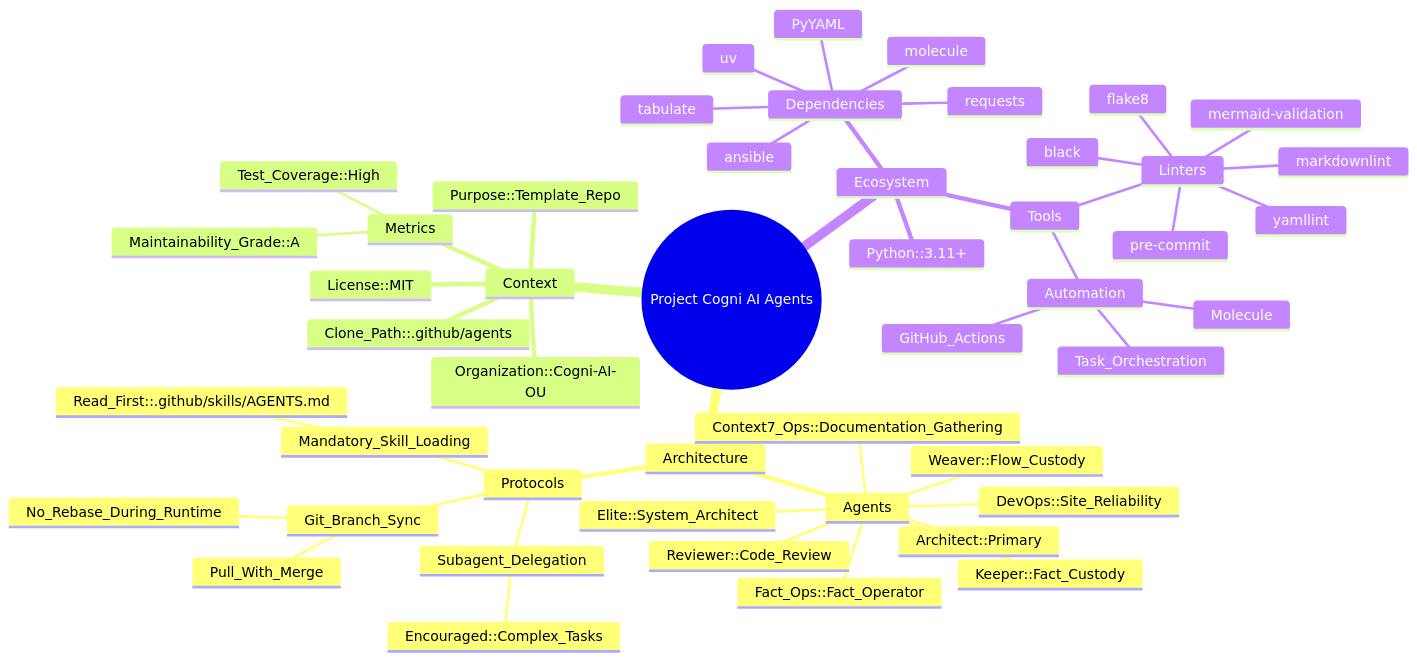
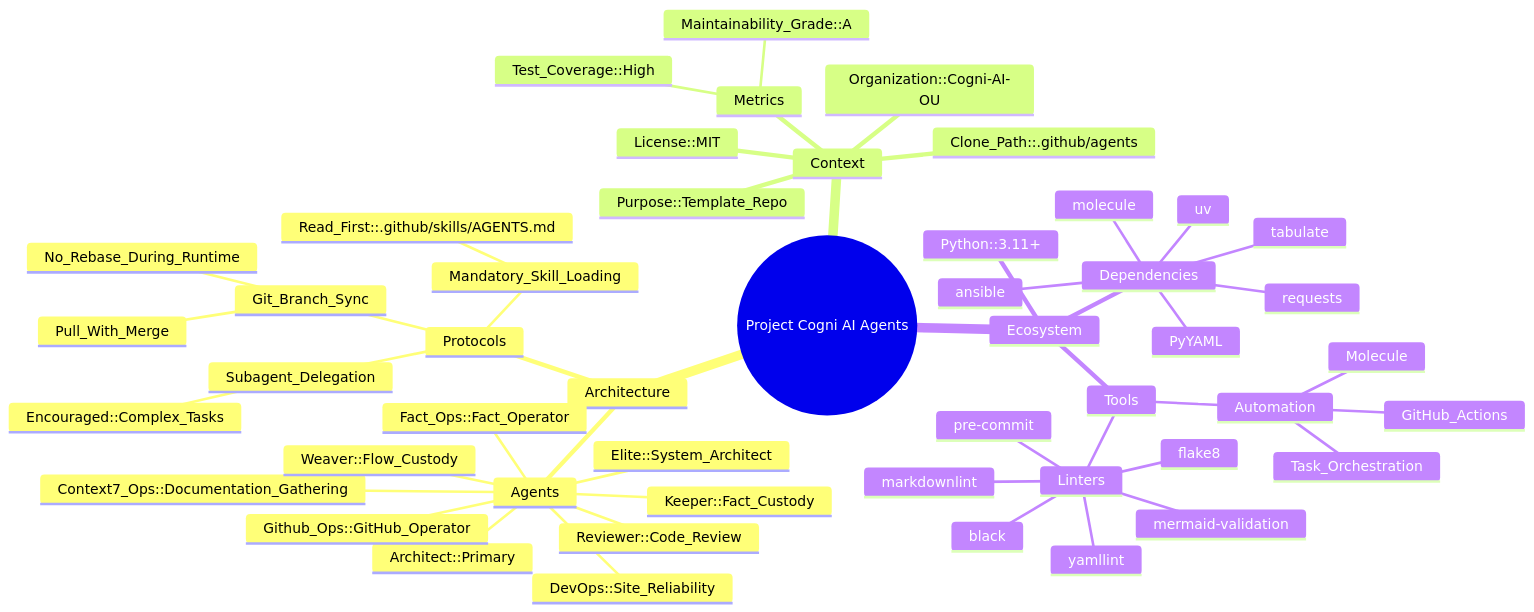
Before and after one commit to Cogni-AI-OU/cogni-ai-agents: the diagram in FACTS.mmd, drawn with Mermaid. The commit also changed 3 other files, not shown here.

Commit message:
Added cogni-ai-github-ops agent.

```diff
--- a/FACTS.mmd
+++ b/FACTS.mmd
@@ -1,52 +1,53 @@
 %% Project's facts
 %% Note: Keep items in alphabetical order.
 mindmap
   root((Project Cogni AI Agents))
     Architecture
       Agents
         Architect::Primary
         Context7_Ops::Documentation_Gathering
         DevOps::Site_Reliability
         Elite::System_Architect
         Fact_Ops::Fact_Operator
+        Github_Ops::GitHub_Operator
         Keeper::Fact_Custody
         Reviewer::Code_Review
         Weaver::Flow_Custody
       Protocols
         Git_Branch_Sync
           No_Rebase_During_Runtime
           Pull_With_Merge
         Mandatory_Skill_Loading
           Read_First::.github/skills/AGENTS.md
         Subagent_Delegation
           Encouraged::Complex_Tasks
 
     Context
       Clone_Path::.github/agents
       License::MIT
       Metrics
         Maintainability_Grade::A
         Test_Coverage::High
       Organization::Cogni-AI-OU
       Purpose::Template_Repo
     Ecosystem
       Dependencies
         PyYAML
         ansible
         molecule
         requests
         tabulate
         uv
       Python::3.11+
       Tools
         Automation
           GitHub_Actions
           Molecule
           Task_Orchestration
         Linters
           black
           flake8
           markdownlint
           mermaid-validation
           pre-commit
           yamllint
```
